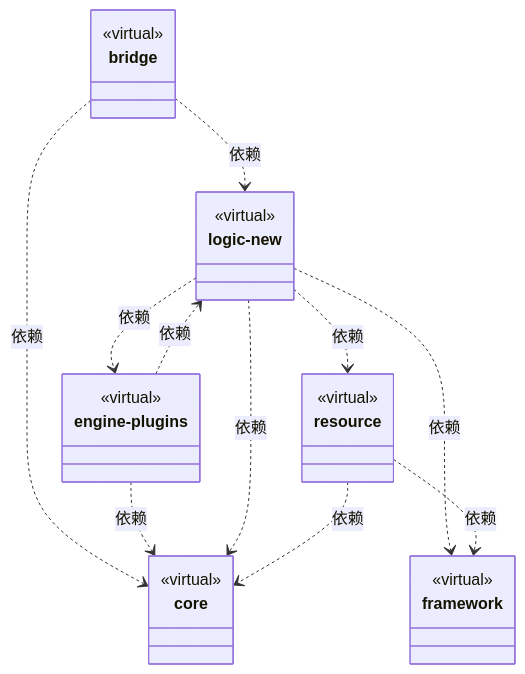
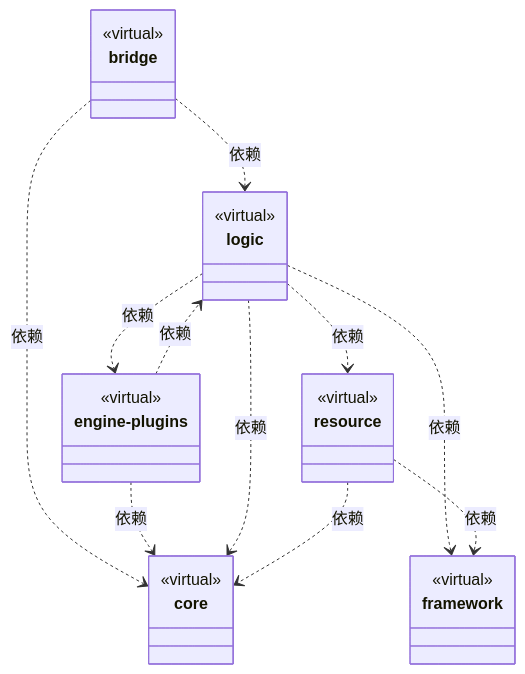
Before and after one commit to nan023062/cbim: the first of 2 diagrams in src/ARCHITECTURE.md, drawn with Mermaid. The commit also changed other lines of this file and 501 other files, not shown here.

````diff
--- a/src/ARCHITECTURE.md
+++ b/src/ARCHITECTURE.md
@@ -33,37 +33,37 @@
 ```mermaid
 classDiagram
-class N_9a23854b4d79["logic-new"] {
+class N_8ad7653761f5["logic"] {
   <<virtual>>
 }
-click N_9a23854b4d79 href "logic-new/ARCHITECTURE.md"
+click N_8ad7653761f5 href "logic/ARCHITECTURE.md"
 class N_22a9dc163407["bridge"] {
   <<virtual>>
 }
 click N_22a9dc163407 href "bridge/ARCHITECTURE.md"
 class N_be04b6eef23f["engine-plugins"] {
   <<virtual>>
 }
 click N_be04b6eef23f href "engine-plugins/ARCHITECTURE.md"
 class N_2ac6ecef0e06["core"] {
   <<virtual>>
 }
 click N_2ac6ecef0e06 href "core/ARCHITECTURE.md"
 class N_2a213dc873da["framework"] {
   <<virtual>>
 }
 click N_2a213dc873da href "framework/ARCHITECTURE.md"
 class N_212574dc93ac["resource"] {
   <<virtual>>
 }
 click N_212574dc93ac href "resource/ARCHITECTURE.md"
 N_22a9dc163407 ..> N_2ac6ecef0e06 : 依赖
-N_22a9dc163407 ..> N_9a23854b4d79 : 依赖
+N_22a9dc163407 ..> N_8ad7653761f5 : 依赖
 N_be04b6eef23f ..> N_2ac6ecef0e06 : 依赖
-N_be04b6eef23f ..> N_9a23854b4d79 : 依赖
-N_9a23854b4d79 ..> N_2ac6ecef0e06 : 依赖
-N_9a23854b4d79 ..> N_be04b6eef23f : 依赖
-N_9a23854b4d79 ..> N_2a213dc873da : 依赖
-N_9a23854b4d79 ..> N_212574dc93ac : 依赖
+N_be04b6eef23f ..> N_8ad7653761f5 : 依赖
+N_8ad7653761f5 ..> N_2ac6ecef0e06 : 依赖
+N_8ad7653761f5 ..> N_be04b6eef23f : 依赖
+N_8ad7653761f5 ..> N_2a213dc873da : 依赖
+N_8ad7653761f5 ..> N_212574dc93ac : 依赖
 N_212574dc93ac ..> N_2ac6ecef0e06 : 依赖
 N_212574dc93ac ..> N_2a213dc873da : 依赖
 ```
````
